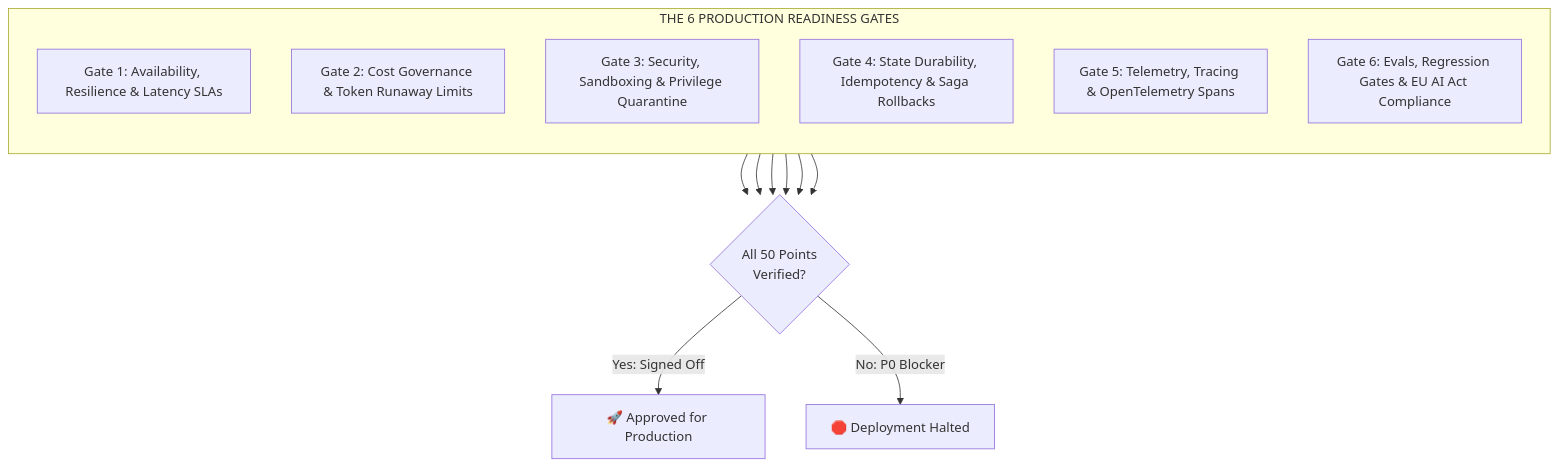
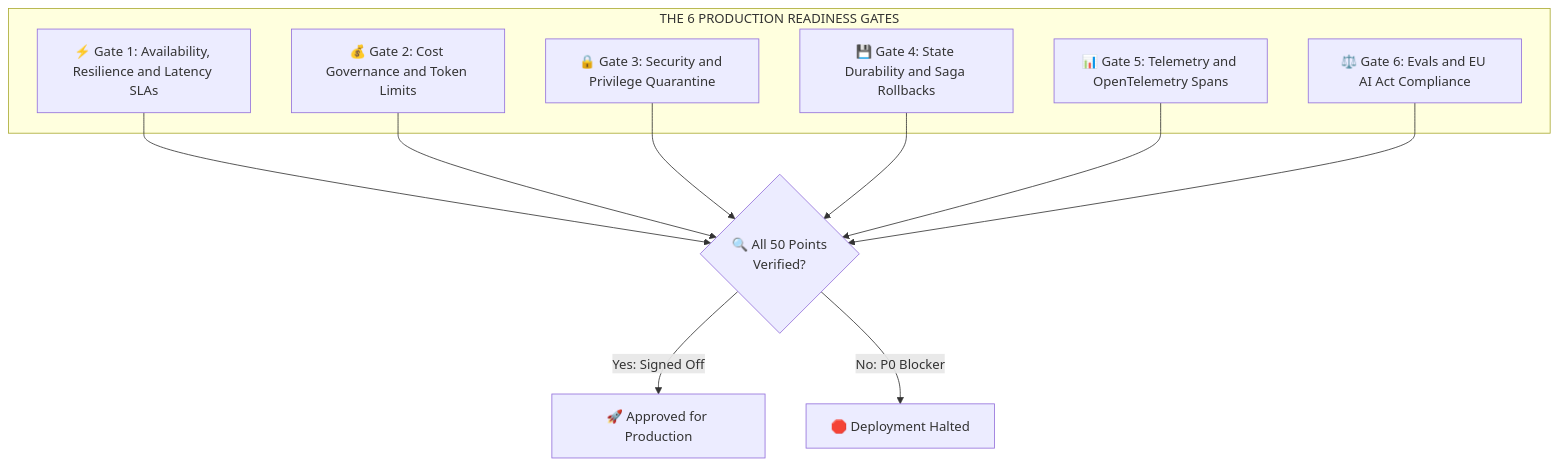
One commit to dip4k/senior-engineer-to-ai-engineer-roadmap changed the diagram in architecture/production-readiness-review.md. Above: the diagram before and after it, drawn with Mermaid. The commit also changed 94 other files, not shown here.

Commit message:
refactor(curriculum): complete Phase 04 upgrade and enforce diagram renderer invariants

````diff
--- a/architecture/production-readiness-review.md
+++ b/architecture/production-readiness-review.md
@@ -19,22 +19,21 @@
 ```mermaid
 flowchart TD
     subgraph PRRGate["THE 6 PRODUCTION READINESS GATES"]
-        direction TB
-        G1["Gate 1: Availability, Resilience & Latency SLAs"]
-        G2["Gate 2: Cost Governance & Token Runaway Limits"]
-        G3["Gate 3: Security, Sandboxing & Privilege Quarantine"]
-        G4["Gate 4: State Durability, Idempotency & Saga Rollbacks"]
-        G5["Gate 5: Telemetry, Tracing & OpenTelemetry Spans"]
-        G6["Gate 6: Evals, Regression Gates & EU AI Act Compliance"]
+        G1["⚡ Gate 1: Availability, Resilience and Latency SLAs"]
+        G2["💰 Gate 2: Cost Governance and Token Limits"]
+        G3["🔒 Gate 3: Security and Privilege Quarantine"]
+        G4["💾 Gate 4: State Durability and Saga Rollbacks"]
+        G5["📊 Gate 5: Telemetry and OpenTelemetry Spans"]
+        G6["⚖️ Gate 6: Evals and EU AI Act Compliance"]
     end
     
-    G1 --> Pass{"All 50 Points<br>Verified?"}
+    G1 --> Pass{"🔍 All 50 Points<br>Verified?"}
     G2 --> Pass
     G3 --> Pass
     G4 --> Pass
     G5 --> Pass
     G6 --> Pass
     
     Pass -->|"Yes: Signed Off"| Prod["🚀 Approved for Production"]
     Pass -->|"No: P0 Blocker"| Reject["🛑 Deployment Halted"]
 ```
````
